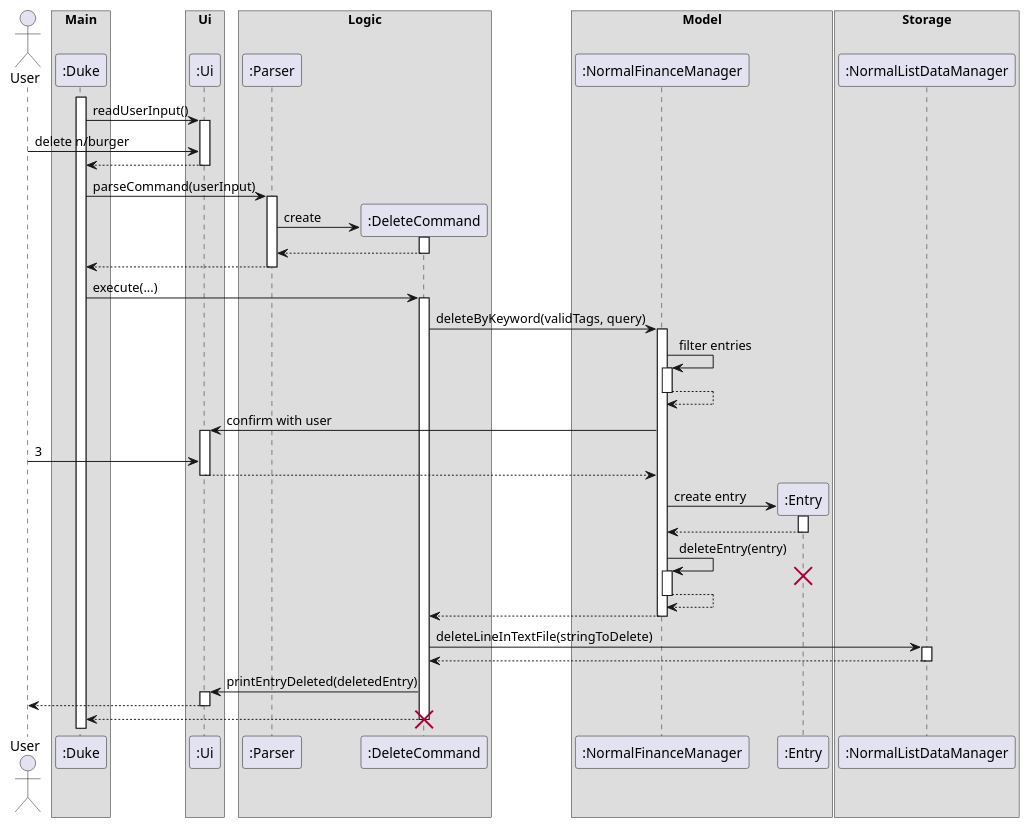
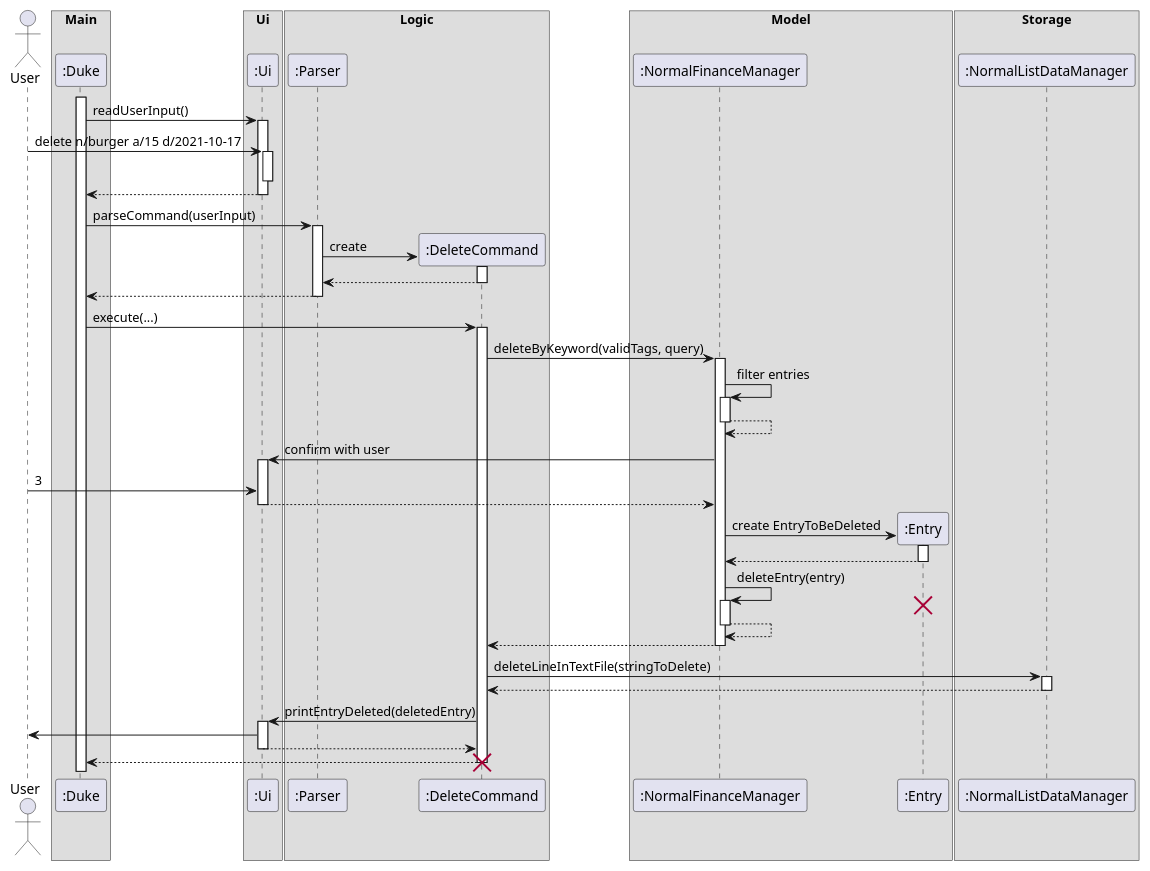
One commit to yanjia1777/tp changed the diagram in docs/diagrams/ArchitectureSequenceDiagram.puml. Above: the diagram before and after it, drawn with PlantUML. The commit also changed 6 other files, not shown here.

Commit message:
Update diagrams as suggested in peer review (previous change was lost)

```diff
--- a/docs/diagrams/ArchitectureSequenceDiagram.puml
+++ b/docs/diagrams/ArchitectureSequenceDiagram.puml
@@ -1,77 +1,81 @@
 @startuml
 Actor User
 box Main
 Participant ":Duke" as Duke
 end box
 
 box Ui
 Participant ":Ui" as Ui
 end box
 
 box Logic
 Participant ":Parser" as Parser
 Participant ":DeleteCommand" as DeleteCommand
 end box
 
 box Model
 Participant ":NormalFinanceManager" as NormalFinanceManager
 Participant ":Entry" as Entry
 end box
 
 box Storage
 Participant ":NormalListDataManager" as NormalListDataManager
 end box
 
 activate Duke
 Duke -> Ui: readUserInput()
 activate Ui
-User -> Ui : delete n/burger
+User -> Ui : delete n/burger a/15 d/2021-10-17
+activate Ui
+deactivate Ui
 Ui --> Duke
 deactivate Ui
 Duke -> Parser : parseCommand(userInput)
 activate Parser
 create DeleteCommand
 Parser -> DeleteCommand : create
 activate DeleteCommand
 DeleteCommand --> Parser
 deactivate DeleteCommand
 Parser --> Duke
 deactivate Parser
 
 Duke -> DeleteCommand : execute(...)
 activate DeleteCommand
 DeleteCommand -> NormalFinanceManager : deleteByKeyword(validTags, query)
 activate NormalFinanceManager
 NormalFinanceManager -> NormalFinanceManager : filter entries
 activate NormalFinanceManager
 NormalFinanceManager --> NormalFinanceManager
 deactivate NormalFinanceManager
 NormalFinanceManager -> Ui : confirm with user
 activate Ui
 User -> Ui : 3
 Ui --> NormalFinanceManager
 deactivate Ui
 create Entry
-NormalFinanceManager -> Entry : create entry
+NormalFinanceManager -> Entry : create EntryToBeDeleted
 activate Entry
 Entry --> NormalFinanceManager
 deactivate Entry
 NormalFinanceManager -> NormalFinanceManager : deleteEntry(entry)
 activate NormalFinanceManager
 destroy Entry
 NormalFinanceManager --> NormalFinanceManager
 deactivate NormalFinanceManager
 NormalFinanceManager --> DeleteCommand
 deactivate NormalFinanceManager
 DeleteCommand -> NormalListDataManager : deleteLineInTextFile(stringToDelete)
 activate NormalListDataManager
 NormalListDataManager --> DeleteCommand
 deactivate NormalListDataManager
 DeleteCommand -> Ui : printEntryDeleted(deletedEntry)
 activate Ui
-Ui --> User
+Ui -> User
+Ui --> DeleteCommand
+
 deactivate Ui
 DeleteCommand --> Duke
 deactivate DeleteCommand
 destroy DeleteCommand
 @enduml
```
